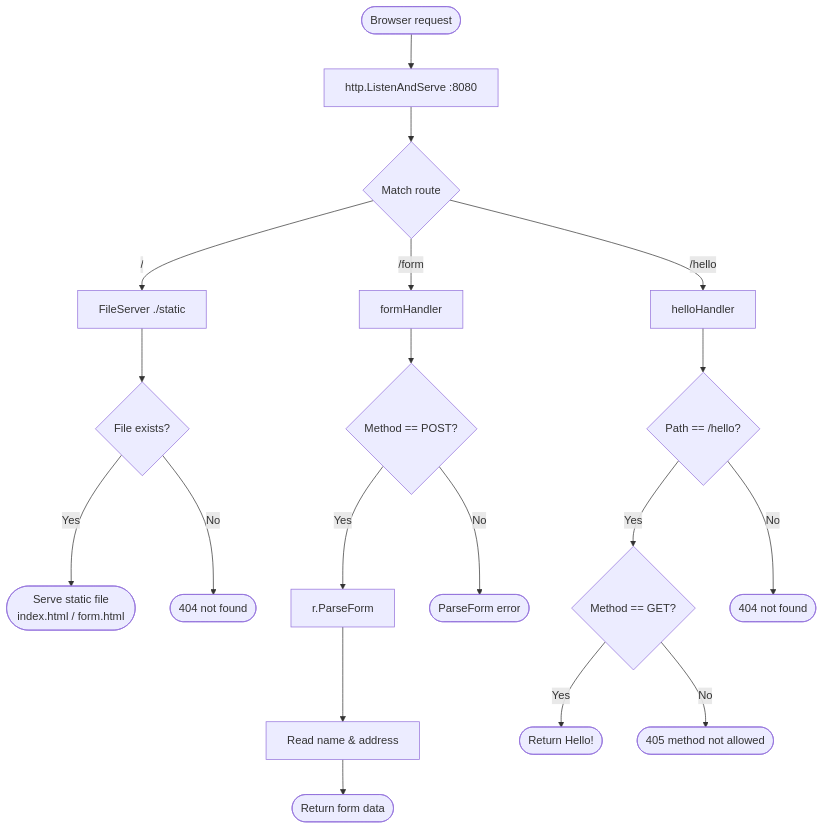
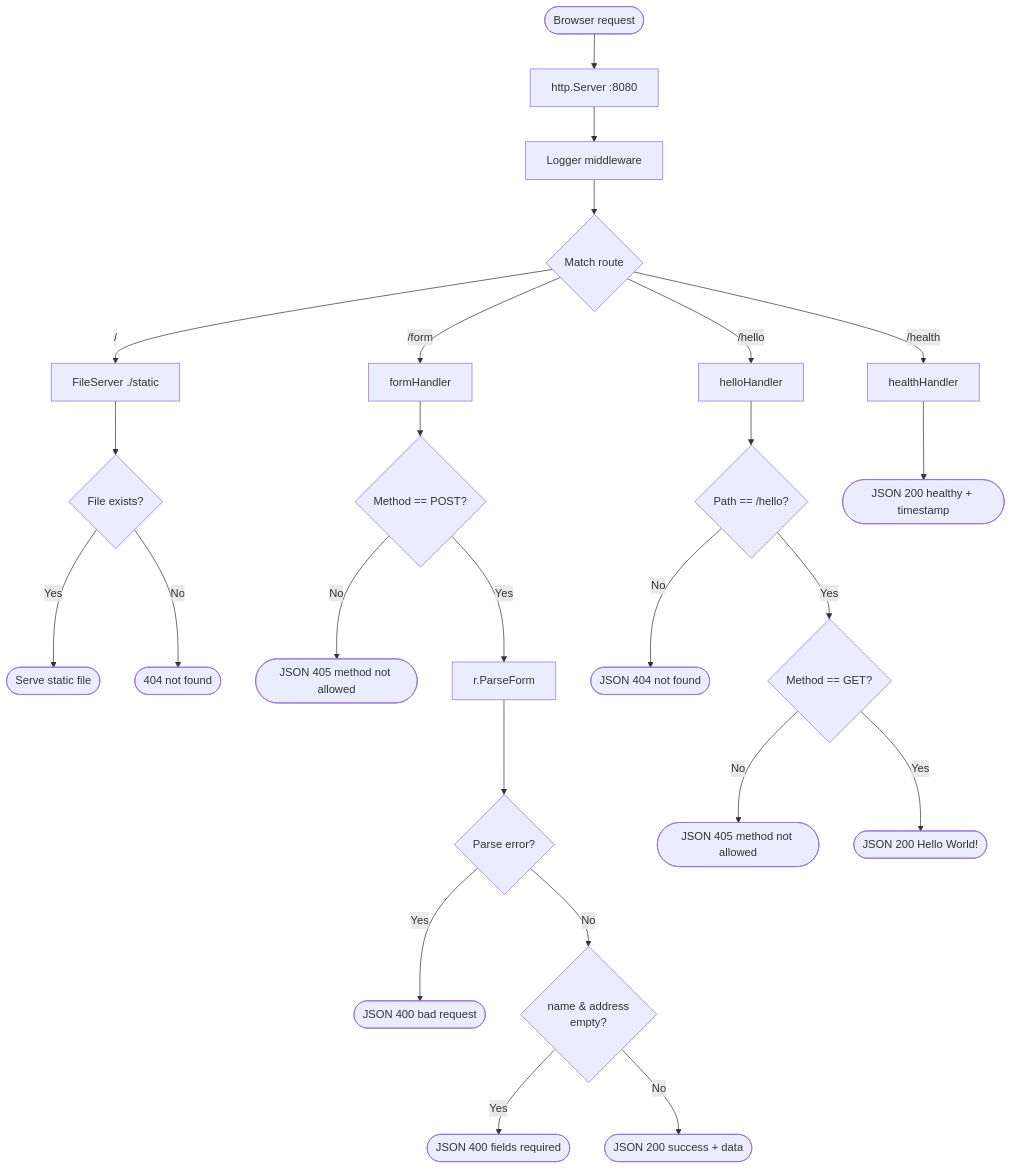
One commit to Pegasuarr/web-server changed the diagram in README.md. Above: the diagram before and after it, drawn with Mermaid.

Commit message:
changing flowchart

````diff
--- a/README.md
+++ b/README.md
@@ -3,25 +1,32 @@
 ```mermaid
 flowchart TD
-    A([Browser request]) --> B[http.ListenAndServe :8080]
-    B --> C{Match route}
+    A([Browser request]) --> B[http.Server :8080]
+    B --> C[Logger middleware]
+    C --> D{Match route}
 
-    C -->|"/"| D[FileServer ./static]
-    C -->|"/form"| E[formHandler]
-    C -->|"/hello"| F[helloHandler]
+    D -->|"/"| E[FileServer ./static]
+    D -->|"/form"| F[formHandler]
+    D -->|"/hello"| G[helloHandler]
+    D -->|"/health"| H[healthHandler]
 
-    D --> G{File exists?}
-    G -->|Yes| H([Serve static file\nindex.html / form.html])
-    G -->|No| I([404 not found])
+    E --> E1{File exists?}
+    E1 -->|Yes| E2([Serve static file])
+    E1 -->|No| E3([404 not found])
 
-    E --> J{Method == POST?}
-    J -->|Yes| K[r.ParseForm]
-    K --> L[Read name & address]
-    L --> M([Return form data])
-    J -->|No| N([ParseForm error])
+    F --> F1{Method == POST?}
+    F1 -->|No| F2([JSON 405 method not allowed])
+    F1 -->|Yes| F3[r.ParseForm]
+    F3 --> F4{Parse error?}
+    F4 -->|Yes| F5([JSON 400 bad request])
+    F4 -->|No| F6{name & address\nempty?}
+    F6 -->|Yes| F7([JSON 400 fields required])
+    F6 -->|No| F8([JSON 200 success + data])
 
-    F --> O{Path == /hello?}
-    O -->|Yes| P{Method == GET?}
-    P -->|Yes| Q([Return Hello!])
-    P -->|No| R([405 method not allowed])
-    O -->|No| S([404 not found])
+    G --> G1{Path == /hello?}
+    G1 -->|No| G2([JSON 404 not found])
+    G1 -->|Yes| G3{Method == GET?}
+    G3 -->|No| G4([JSON 405 method not allowed])
+    G3 -->|Yes| G5([JSON 200 Hello World!])
+
+    H --> H1([JSON 200 healthy + timestamp])
 ```
````
